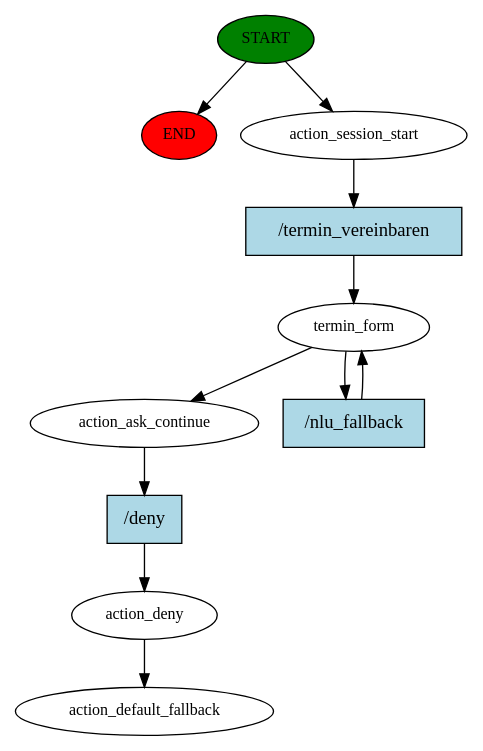
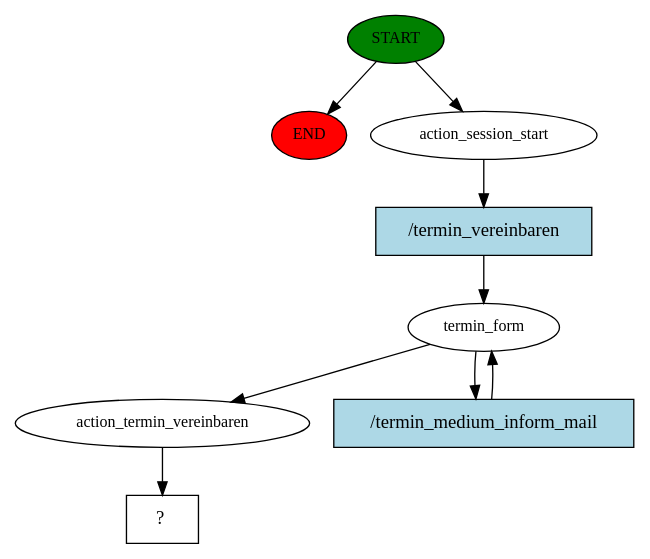
Before and after one commit to normanboettcher/BotPilot: the diagram in bot-pilot-chat/backend/rasa-actions/story_graph.dot, drawn with Graphviz. The commit also changed 11 other files, not shown here.

```diff
--- a/bot-pilot-chat/backend/rasa-actions/story_graph.dot
+++ b/bot-pilot-chat/backend/rasa-actions/story_graph.dot
@@ -1,22 +1,18 @@
 digraph  {
 0 [class="start active", fillcolor=green, fontsize=12, label=START, style=filled];
 "-1" [class=end, fillcolor=red, fontsize=12, label=END, style=filled];
 1 [class=active, fontsize=12, label=action_session_start];
 2 [class=active, fontsize=12, label=termin_form];
-6 [class=active, fontsize=12, label=action_ask_continue];
-7 [class=active, fontsize=12, label=action_deny];
-8 [class="dashed active", fontsize=12, label=action_default_fallback];
-9 [class="intent active", fillcolor=lightblue, label="/termin_vereinbaren", shape=rect, style=filled];
-10 [class="intent active", fillcolor=lightblue, label="/nlu_fallback", shape=rect, style=filled];
-11 [class="intent active", fillcolor=lightblue, label="/deny", shape=rect, style=filled];
+4 [class=active, fontsize=12, label=action_termin_vereinbaren];
+5 [class="intent dashed active", label="  ?  ", shape=rect];
+6 [class="intent active", fillcolor=lightblue, label="/termin_vereinbaren", shape=rect, style=filled];
+7 [class="intent active", fillcolor=lightblue, label="/termin_medium_inform_mail", shape=rect, style=filled];
 0 -> "-1"  [class="", key=NONE, label=""];
 0 -> 1  [class=active, key=NONE, label=""];
-1 -> 9  [class=active, key=0];
-2 -> 6  [class=active, key=NONE, label=""];
-2 -> 10  [class=active, key=0];
-6 -> 11  [class=active, key=0];
-7 -> 8  [class=active, key=NONE, label=""];
-9 -> 2  [class=active, key=0];
-10 -> 2  [class=active, key=0];
-11 -> 7  [class=active, key=0];
+1 -> 6  [class=active, key=0];
+2 -> 4  [class=active, key=NONE, label=""];
+2 -> 7  [class=active, key=0];
+4 -> 5  [class=active, key=NONE, label=""];
+6 -> 2  [class=active, key=0];
+7 -> 2  [class=active, key=0];
 }
```
